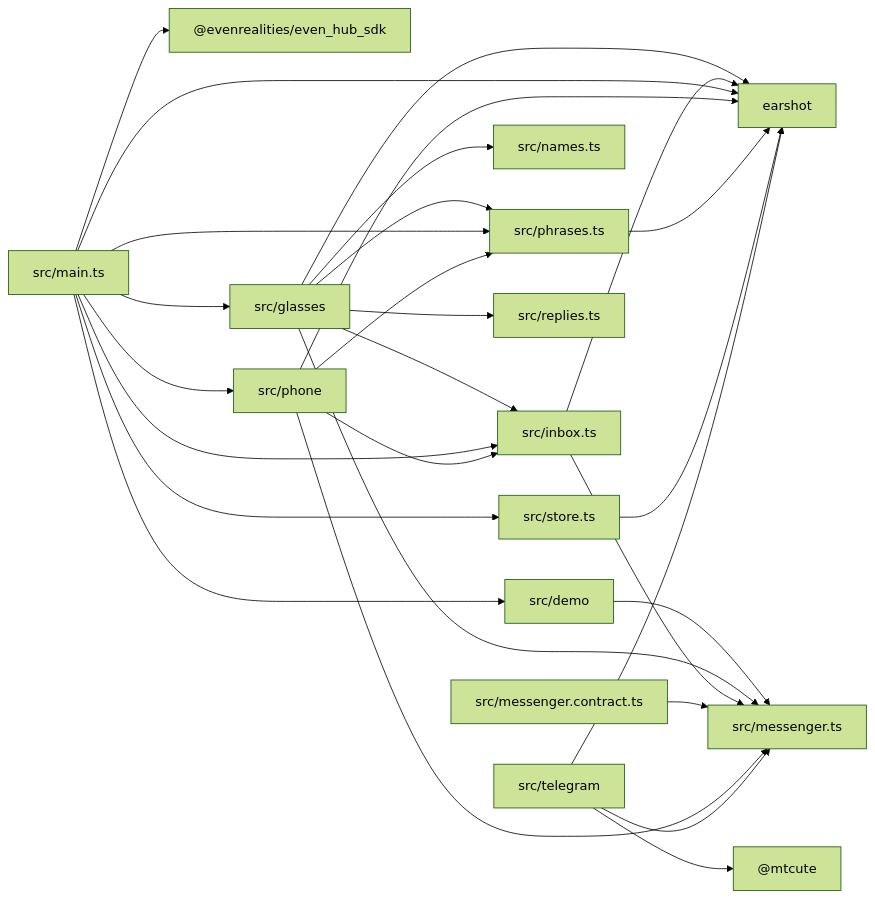
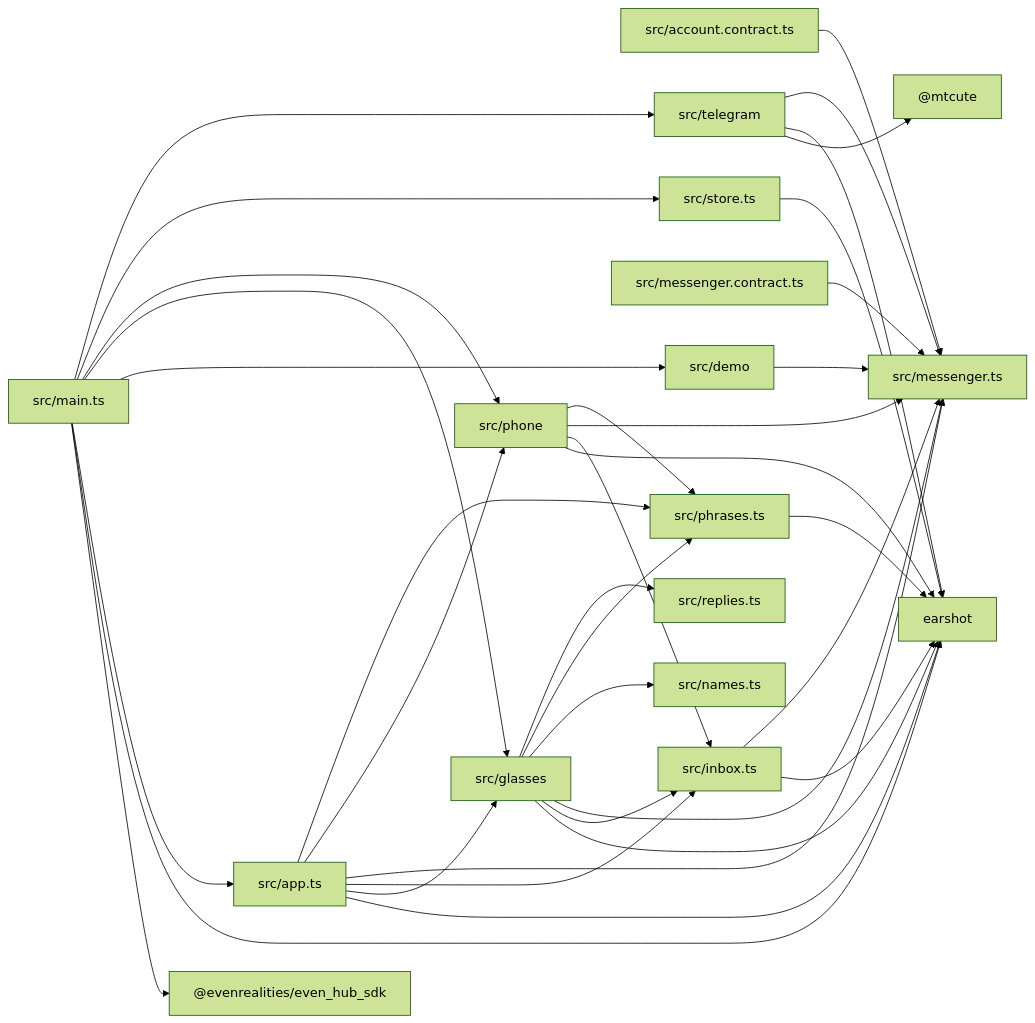
Before and after one commit to jarekbird/paper-plane: the second of 2 diagrams in docs/architecture.md, drawn with Mermaid (forest theme). The commit also changed 25 other files, not shown here.

First line of the commit message:
Sign in on the phone: number, code, password, and the account the glasses show

````diff
--- a/docs/architecture.md
+++ b/docs/architecture.md
@@ -67,45 +67,54 @@
 ```mermaid
 flowchart LR
   _evenrealities_even_hub_sdk["@evenrealities/even_hub_sdk"]
   _mtcute["@mtcute"]
   earshot["earshot"]
+  src_account_contract_ts["src/account.contract.ts"]
+  src_app_ts["src/app.ts"]
   src_demo["src/demo"]
   src_glasses["src/glasses"]
   src_inbox_ts["src/inbox.ts"]
   src_main_ts["src/main.ts"]
   src_messenger_contract_ts["src/messenger.contract.ts"]
   src_messenger_ts["src/messenger.ts"]
   src_names_ts["src/names.ts"]
   src_phone["src/phone"]
   src_phrases_ts["src/phrases.ts"]
   src_replies_ts["src/replies.ts"]
   src_store_ts["src/store.ts"]
   src_telegram["src/telegram"]
+  src_account_contract_ts --> src_messenger_ts
+  src_app_ts --> earshot
+  src_app_ts --> src_glasses
+  src_app_ts --> src_inbox_ts
+  src_app_ts --> src_messenger_ts
+  src_app_ts --> src_phone
+  src_app_ts --> src_phrases_ts
   src_demo --> src_messenger_ts
   src_glasses --> earshot
   src_glasses --> src_inbox_ts
   src_glasses --> src_messenger_ts
   src_glasses --> src_names_ts
   src_glasses --> src_phrases_ts
   src_glasses --> src_replies_ts
   src_inbox_ts --> earshot
   src_inbox_ts --> src_messenger_ts
   src_main_ts --> _evenrealities_even_hub_sdk
   src_main_ts --> earshot
+  src_main_ts --> src_app_ts
   src_main_ts --> src_demo
   src_main_ts --> src_glasses
-  src_main_ts --> src_inbox_ts
   src_main_ts --> src_phone
-  src_main_ts --> src_phrases_ts
   src_main_ts --> src_store_ts
+  src_main_ts --> src_telegram
   src_messenger_contract_ts --> src_messenger_ts
   src_phone --> earshot
   src_phone --> src_inbox_ts
   src_phone --> src_messenger_ts
   src_phone --> src_phrases_ts
   src_phrases_ts --> earshot
   src_store_ts --> earshot
   src_telegram --> _mtcute
   src_telegram --> earshot
   src_telegram --> src_messenger_ts
 ```
````
